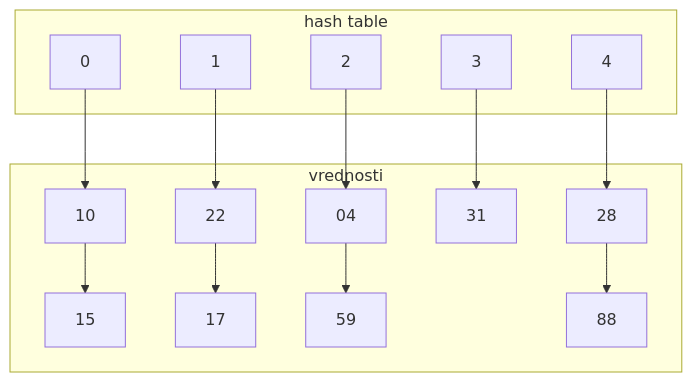
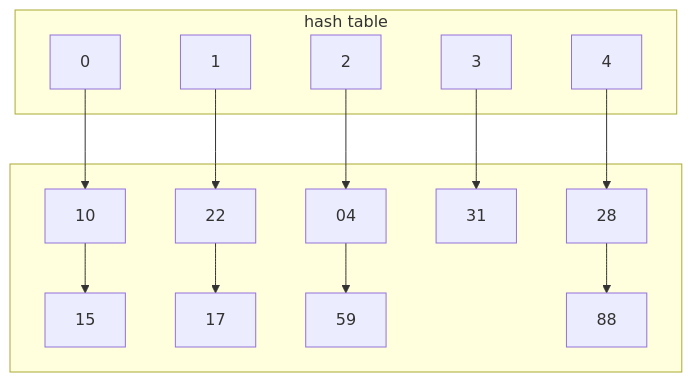
One commit to Tiggax/Zapiski changed the second of 2 diagrams in 2. Letnik/Podatkovne strukture in algoritmi/Razpršilne tabele.md. Above: the diagram before and after it, drawn with Mermaid. The commit also changed other lines of this file, not shown here.

````diff
--- a/2. Letnik/Podatkovne strukture in algoritmi/Razpršilne tabele.md
+++ b/2. Letnik/Podatkovne strukture in algoritmi/Razpršilne tabele.md
@@ -41,17 +41,17 @@
 ```mermaid
 graph TD
 subgraph a[hash table]
 0
 1
 2
 3
 4
 end
-subgraph b[<di>vrednosti]
+subgraph b[<br>]
 0-->10-->15
 1-->22-->17
 2-->04-->59
 3-->31
 4-->28-->88
 end
 ```
````
